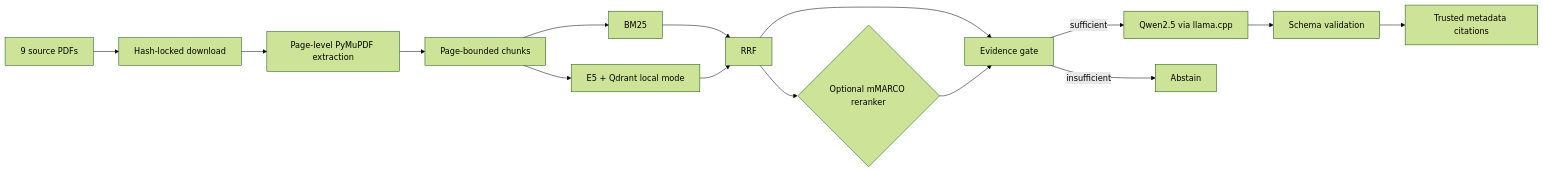
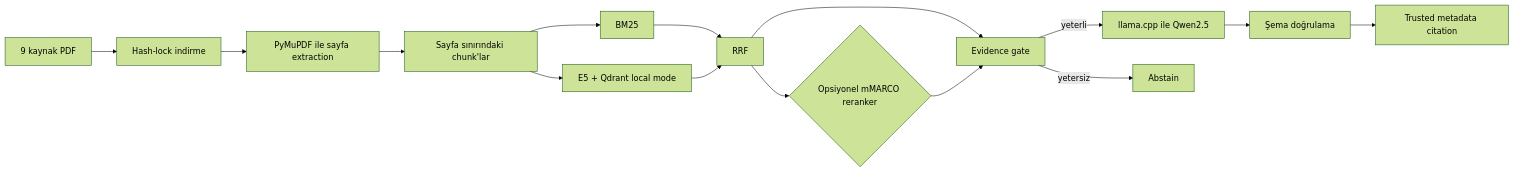
Before and after one commit to berksankir/turkish-local-rag-benchmark: the diagram in README.md, drawn with Mermaid (forest theme). The commit also changed other lines of this file and 1 other file, not shown here.

````diff
--- a/README.md
+++ b/README.md
@@ -18,17 +11,17 @@
 ```mermaid
 flowchart LR
-    A[9 source PDFs] --> B[Hash-locked download]
-    B --> C[Page-level PyMuPDF extraction]
-    C --> D[Page-bounded chunks]
+    A[9 kaynak PDF] --> B[Hash-lock indirme]
+    B --> C[PyMuPDF ile sayfa extraction]
+    C --> D[Sayfa sınırındaki chunk'lar]
     D --> E[BM25]
     D --> F[E5 + Qdrant local mode]
     E --> G[RRF]
     F --> G
-    G --> H{Optional mMARCO reranker}
+    G --> H{Opsiyonel mMARCO reranker}
     G --> I[Evidence gate]
     H --> I
-    I -->|sufficient| J[Qwen2.5 via llama.cpp]
-    I -->|insufficient| K[Abstain]
-    J --> L[Schema validation]
-    L --> M[Trusted metadata citations]
+    I -->|yeterli| J[llama.cpp ile Qwen2.5]
+    I -->|yetersiz| K[Abstain]
+    J --> L[Şema doğrulama]
+    L --> M[Trusted metadata citation]
 ```
````
